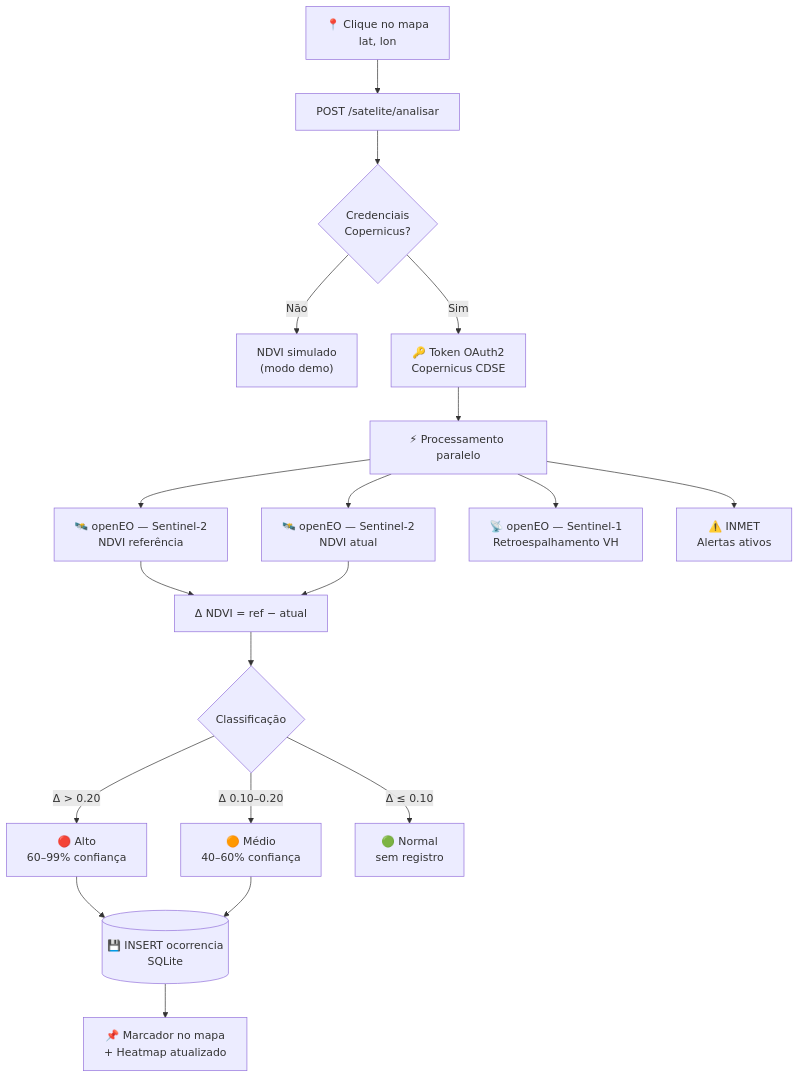
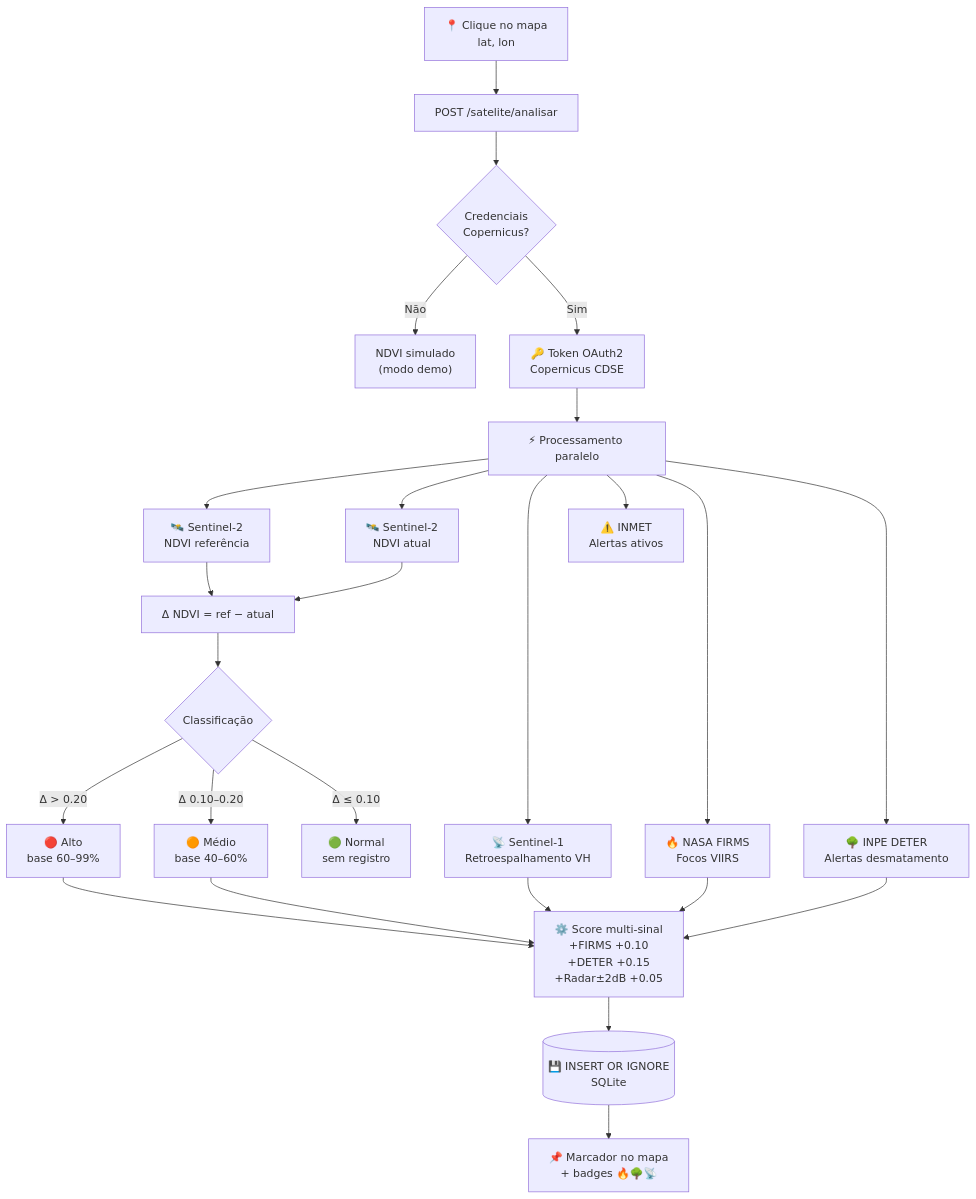
Before and after one commit to Sposigor/arvore-alerta: the second of 3 diagrams in README.md, drawn with Mermaid. The commit also changed other lines of this file and 4 other files, not shown here.

First line of the commit message:
feat: fusão multi-sinal, dedupe, badges de evidência e docs

````diff
--- a/README.md
+++ b/README.md
@@ -56,19 +67,23 @@
 ```mermaid
 flowchart TD
     A["📍 Clique no mapa\nlat, lon"] --> B["POST /satelite/analisar"]
     B --> C{Credenciais\nCopernicus?}
     C -->|Não| D["NDVI simulado\n(modo demo)"]
     C -->|Sim| E["🔑 Token OAuth2\nCopernicus CDSE"]
     E --> F["⚡ Processamento paralelo"]
-    F --> G["🛰️ openEO — Sentinel-2\nNDVI referência"]
-    F --> H["🛰️ openEO — Sentinel-2\nNDVI atual"]
-    F --> I["📡 openEO — Sentinel-1\nRetroespalhamento VH"]
+    F --> G["🛰️ Sentinel-2\nNDVI referência"]
+    F --> H["🛰️ Sentinel-2\nNDVI atual"]
+    F --> I["📡 Sentinel-1\nRetroespalhamento VH"]
     F --> J["⚠️ INMET\nAlertas ativos"]
+    F --> J2["🔥 NASA FIRMS\nFocos VIIRS"]
+    F --> J3["🌳 INPE DETER\nAlertas desmatamento"]
     G & H --> K["Δ NDVI = ref − atual"]
     K --> L{Classificação}
-    L -->|"Δ > 0.20"| M["🔴 Alto\n60–99% confiança"]
-    L -->|"Δ 0.10–0.20"| N["🟠 Médio\n40–60% confiança"]
+    L -->|"Δ > 0.20"| M["🔴 Alto\nbase 60–99%"]
+    L -->|"Δ 0.10–0.20"| N["🟠 Médio\nbase 40–60%"]
     L -->|"Δ ≤ 0.10"| O["🟢 Normal\nsem registro"]
-    M & N --> P[("💾 INSERT ocorrencia\nSQLite")]
-    P --> Q["📌 Marcador no mapa\n+ Heatmap atualizado"]
+    M & N --> SC["⚙️ Score multi-sinal\n+FIRMS +0.10\n+DETER +0.15\n+Radar±2dB +0.05"]
+    I & J2 & J3 --> SC
+    SC --> P[("💾 INSERT OR IGNORE\nSQLite")]
+    P --> Q["📌 Marcador no mapa\n+ badges 🔥🌳📡"]
 ```
````
